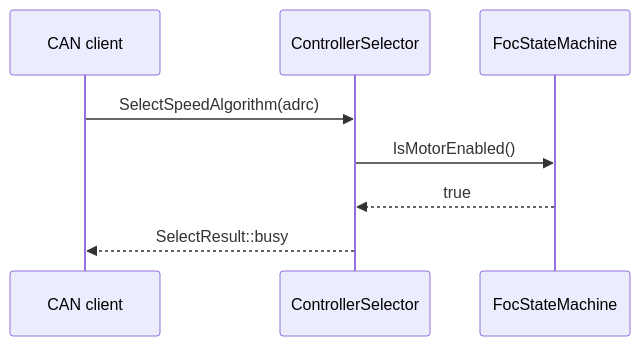
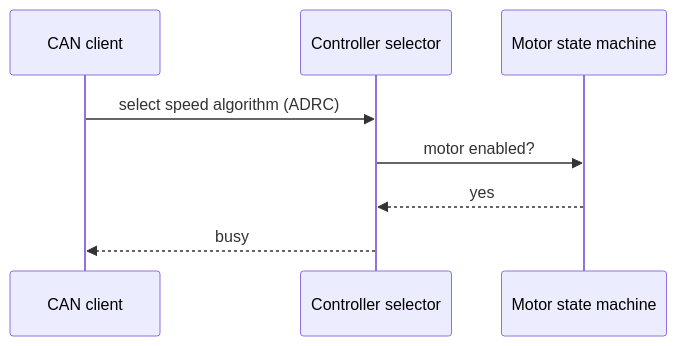
The seventh of 9 diagrams in documentation/design/controller-selection.md (embedded-pro/e-foc), drawn with Mermaid before and after one commit. The commit also changed other lines of this file and 37 other files, not shown here.

````diff
--- a/documentation/design/controller-selection.md
+++ b/documentation/design/controller-selection.md
@@ -590,11 +593,11 @@
 ```mermaid
 sequenceDiagram
     participant Client as CAN client
-    participant Selector as ControllerSelector
-    participant StateMachine as FocStateMachine
+    participant Selector as Controller selector
+    participant StateMachine as Motor state machine
 
-    Client->>Selector: SelectSpeedAlgorithm(adrc)
-    Selector->>StateMachine: IsMotorEnabled()
-    StateMachine-->>Selector: true
-    Selector-->>Client: SelectResult::busy
+    Client->>Selector: select speed algorithm (ADRC)
+    Selector->>StateMachine: motor enabled?
+    StateMachine-->>Selector: yes
+    Selector-->>Client: busy
 ```
````
